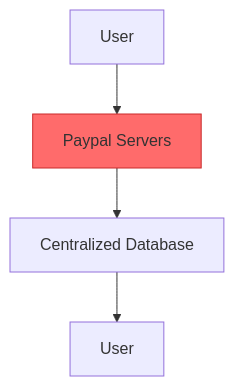
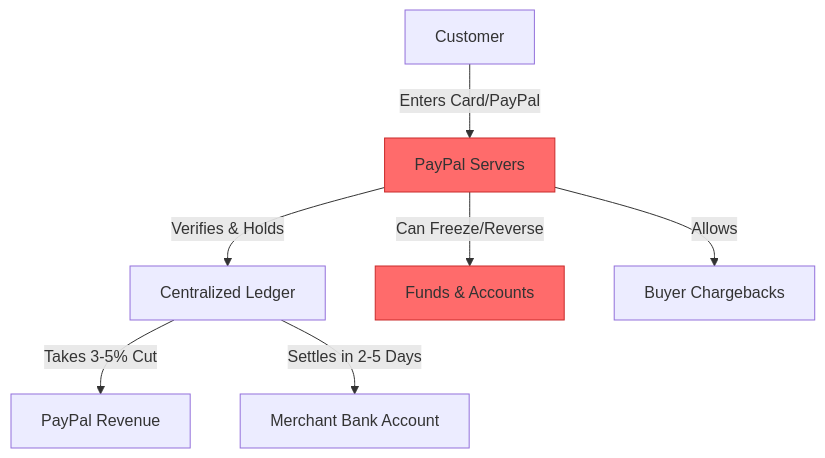
One commit to Elvatar2/Web2-To-Web3-Migration-Guide changed the first of 2 diagrams in 05-finance/01-paypal-to-crypto-payments.md. Above: the diagram before and after it, drawn with Mermaid. The commit also changed other lines of this file, not shown here.

````diff
--- a/05-finance/01-paypal-to-crypto-payments.md
+++ b/05-finance/01-paypal-to-crypto-payments.md
@@ -52,8 +62,12 @@
 ```mermaid
 graph TB
-    A[User] --> B[Paypal Servers]
-    B --> C[Centralized Database]
-    C --> D[User]
+    A[Customer] -->|Enters Card/PayPal| B[PayPal Servers]
+    B -->|Verifies & Holds| C[Centralized Ledger]
+    C -->|Takes 3-5% Cut| D[PayPal Revenue]
+    C -->|Settles in 2-5 Days| E[Merchant Bank Account]
+    B -->|Can Freeze/Reverse| F[Funds & Accounts]
+    B -->|Allows| G[Buyer Chargebacks]
 
     style B fill:#ff6b6b,stroke:#c92a2a
+    style F fill:#ff6b6b,stroke:#c92a2a
 ```
````
